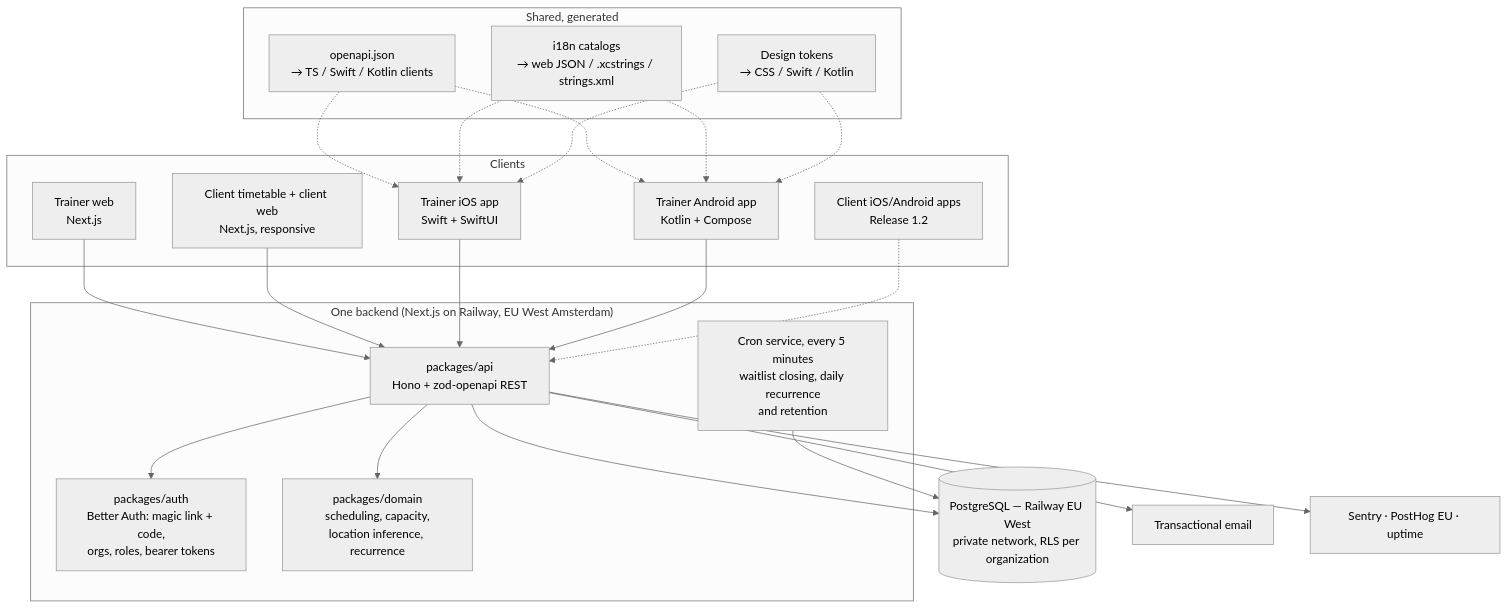
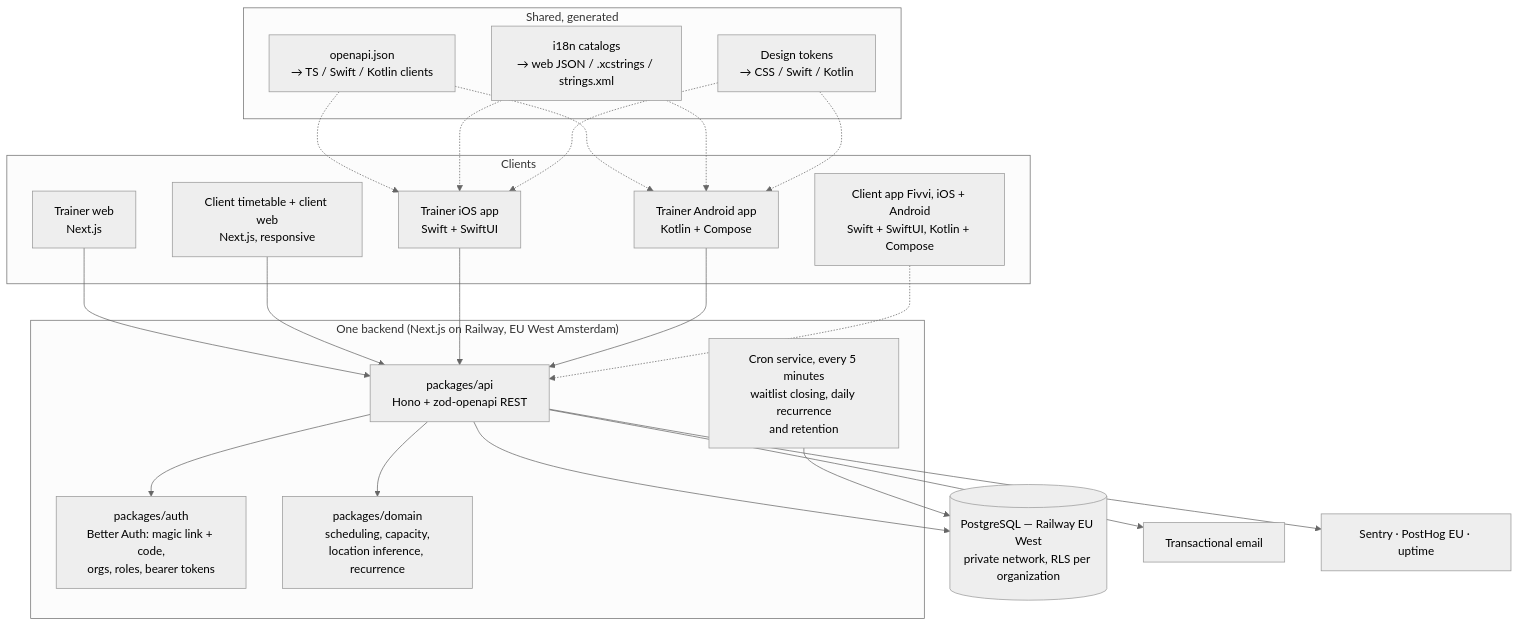
Before and after one commit to fivvi-app/fivvi: the second of 2 diagrams in docs/product/ROADMAP.md, drawn with Mermaid (neutral theme). The commit also changed other lines of this file and 6 other files, not shown here.

First line of the commit message:
docs(M8): ship the client app Fivvi at go-live, next to the client web

````diff
--- a/docs/product/ROADMAP.md
+++ b/docs/product/ROADMAP.md
@@ -748,45 +763,45 @@
 ```mermaid
 flowchart TB
   subgraph Clients
     TW[Trainer web<br/>Next.js]
     PB[Client timetable + client web<br/>Next.js, responsive]
     IOS[Trainer iOS app<br/>Swift + SwiftUI]
     AND[Trainer Android app<br/>Kotlin + Compose]
-    CM[Client iOS/Android apps<br/>Release 1.2]
+    CM[Client app Fivvi, iOS + Android<br/>Swift + SwiftUI, Kotlin + Compose]
   end
 
   subgraph Contract["Shared, generated"]
     OAS[openapi.json<br/>→ TS / Swift / Kotlin clients]
     STR[i18n catalogs<br/>→ web JSON / .xcstrings / strings.xml]
     TOK[Design tokens<br/>→ CSS / Swift / Kotlin]
   end
 
   subgraph Backend["One backend (Next.js on Railway, EU West Amsterdam)"]
     API[packages/api<br/>Hono + zod-openapi REST]
     AUTH[packages/auth<br/>Better Auth: magic link + code,<br/>orgs, roles, bearer tokens]
     DOM[packages/domain<br/>scheduling, capacity,<br/>location inference, recurrence]
     CRON[Cron service, every 5 minutes<br/>waitlist closing, daily recurrence<br/>and retention]
   end
 
   DB[(PostgreSQL — Railway EU West<br/>private network, RLS per organization)]
   MAIL[Transactional email]
   OBS[Sentry · PostHog EU · uptime]
 
   TW --> API
   PB --> API
   IOS --> API
   AND --> API
   CM -.-> API
   OAS -.-> IOS
   OAS -.-> AND
   STR -.-> IOS
   STR -.-> AND
   TOK -.-> IOS
   TOK -.-> AND
   API --> AUTH
   API --> DOM
   API --> DB
   API --> MAIL
   CRON --> DB
   API --> OBS
 ```
````
